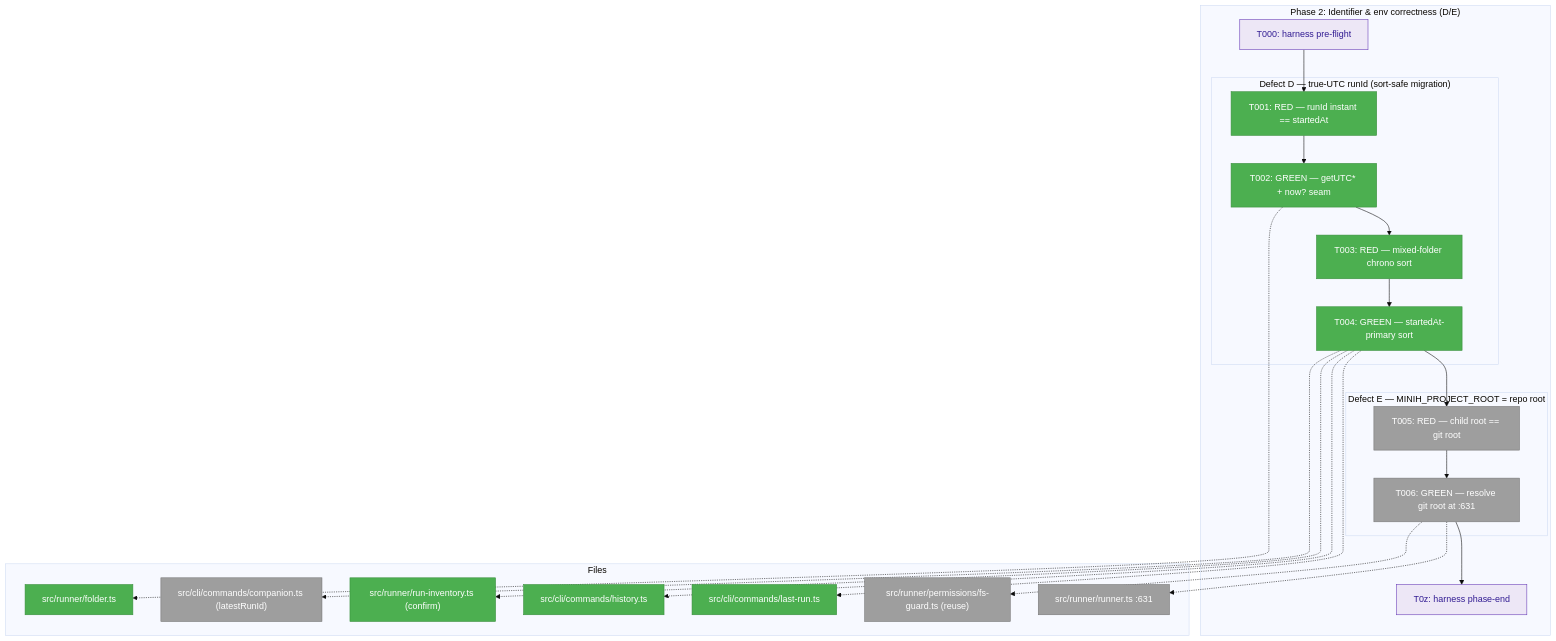
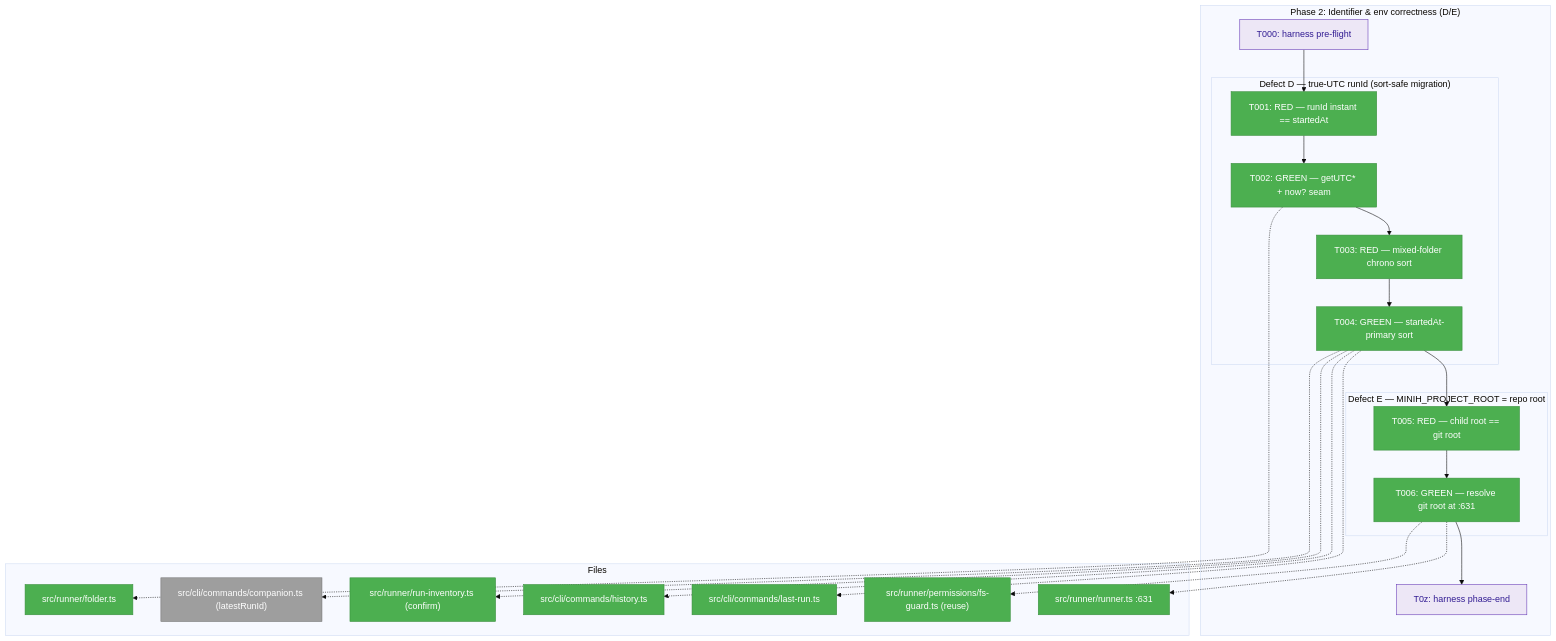
One commit to AI-Substrate/minih changed the first of 3 diagrams in docs/plans/028-companion-mode-reliability/tasks/phase-2-identifier-env-correctness-d-e/tasks.md. Above: the diagram before and after it, drawn with Mermaid (base theme). The commit also changed other lines of this file and 3 other files, not shown here.

First line of the commit message:
fix(runner): MINIH_PROJECT_ROOT = resolved git root, not config.cwd (defect E, T005/T006)

````diff
--- a/docs/plans/028-companion-mode-reliability/tasks/phase-2-identifier-env-correctness-d-e/tasks.md
+++ b/docs/plans/028-companion-mode-reliability/tasks/phase-2-identifier-env-correctness-d-e/tasks.md
@@ -85,42 +85,42 @@
 ```mermaid
 flowchart TD
     classDef pending fill:#9E9E9E,stroke:#757575,color:#fff
     classDef inprogress fill:#FF9800,stroke:#F57C00,color:#fff
     classDef completed fill:#4CAF50,stroke:#388E3C,color:#fff
     classDef seam fill:#EDE7F6,stroke:#673AB7,color:#311B92
 
     subgraph Phase["Phase 2: Identifier & env correctness (D/E)"]
         T000["T000: harness pre-flight"]:::seam
         subgraph D["Defect D — true-UTC runId (sort-safe migration)"]
             T001["T001: RED — runId instant == startedAt"]:::completed
             T002["T002: GREEN — getUTC* + now? seam"]:::completed
             T003["T003: RED — mixed-folder chrono sort"]:::completed
             T004["T004: GREEN — startedAt-primary sort"]:::completed
         end
         subgraph E["Defect E — MINIH_PROJECT_ROOT = repo root"]
-            T005["T005: RED — child root == git root"]:::pending
-            T006["T006: GREEN — resolve git root at :631"]:::pending
+            T005["T005: RED — child root == git root"]:::completed
+            T006["T006: GREEN — resolve git root at :631"]:::completed
         end
         T0z["T0z: harness phase-end"]:::seam
         T000 --> T001 --> T002 --> T003 --> T004
         T004 --> T005 --> T006 --> T0z
     end
 
     subgraph Files["Files"]
         F1["src/runner/folder.ts"]:::completed
         F2["src/cli/commands/last-run.ts"]:::completed
         F3["src/cli/commands/history.ts"]:::completed
         F4["src/runner/run-inventory.ts (confirm)"]:::completed
-        F5["src/runner/runner.ts :631"]:::pending
-        F6["src/runner/permissions/fs-guard.ts (reuse)"]:::pending
+        F5["src/runner/runner.ts :631"]:::completed
+        F6["src/runner/permissions/fs-guard.ts (reuse)"]:::completed
         F7["src/cli/commands/companion.ts (latestRunId)"]:::pending
     end
 
     T002 -.-> F1
     T004 -.-> F2
     T004 -.-> F3
     T004 -.-> F4
     T004 -.-> F7
     T006 -.-> F5
     T006 -.-> F6
 ```
````
